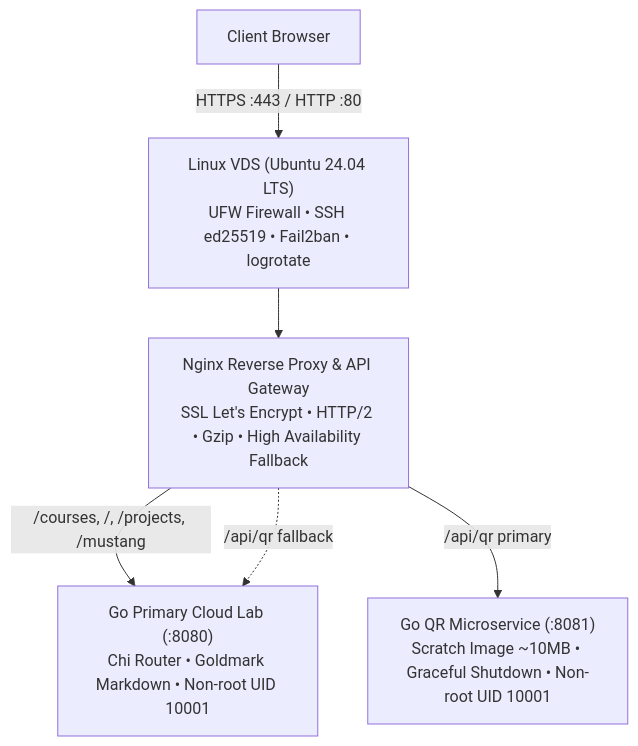
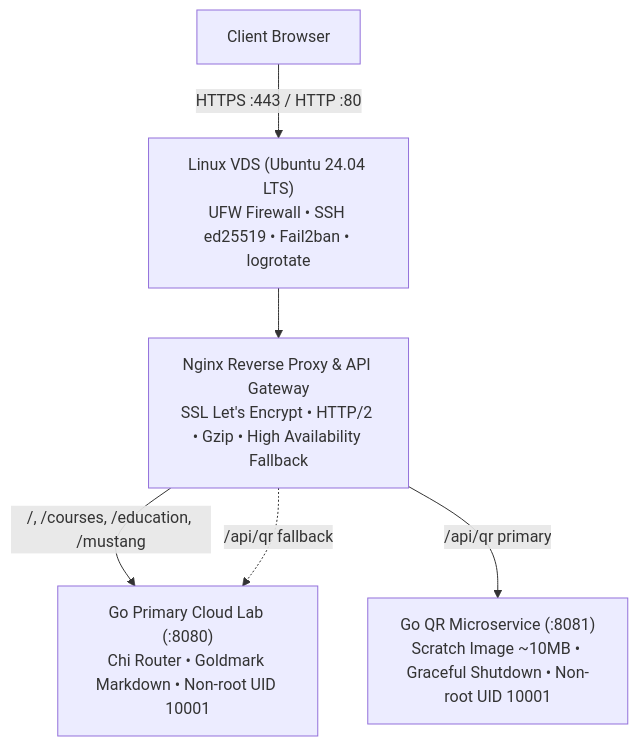
Before and after one commit to AndreyJVM/portfolio-service: the first of 4 diagrams in README.md, drawn with Mermaid. The commit also changed other lines of this file and 14 other files, not shown here.

````diff
--- a/README.md
+++ b/README.md
@@ -46,8 +46,8 @@
 ```mermaid
 flowchart TD
     Client["Client Browser"] -->|HTTPS :443 / HTTP :80| Host["Linux VDS (Ubuntu 24.04 LTS)<br/>UFW Firewall • SSH ed25519 • Fail2ban • logrotate"]
     Host --> Nginx["Nginx Reverse Proxy & API Gateway<br/>SSL Let's Encrypt • HTTP/2 • Gzip • High Availability Fallback"]
-    Nginx -->|/courses, /, /projects, /mustang| GoApp["Go Primary Cloud Lab (:8080)<br/>Chi Router • Goldmark Markdown • Non-root UID 10001"]
+    Nginx -->|/, /courses, /education, /mustang| GoApp["Go Primary Cloud Lab (:8080)<br/>Chi Router • Goldmark Markdown • Non-root UID 10001"]
     Nginx -->|/api/qr primary| GoQR["Go QR Microservice (:8081)<br/>Scratch Image ~10MB • Graceful Shutdown • Non-root UID 10001"]
     Nginx -.->|/api/qr fallback| GoApp
 ```
````
